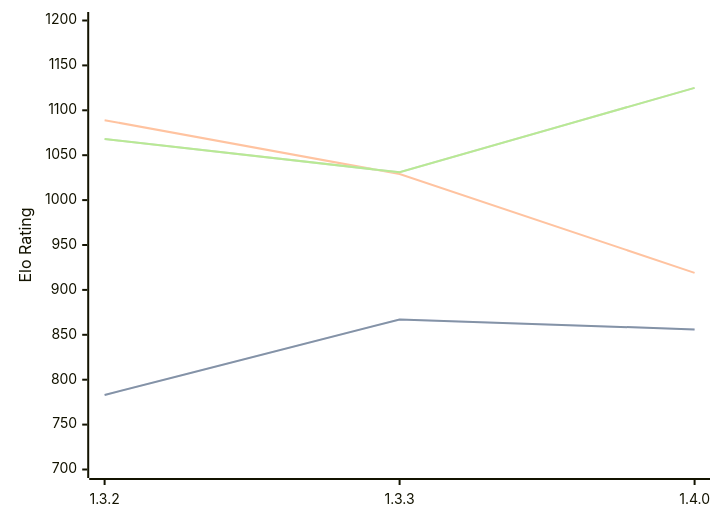
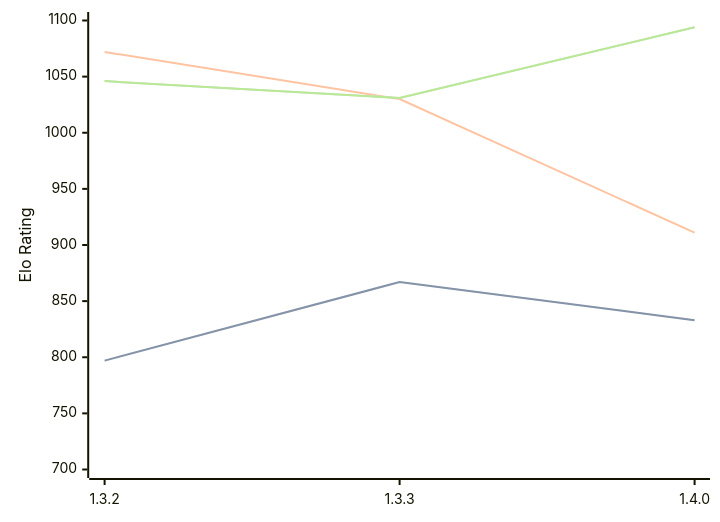
The diagram in engines/Whitespine.md (computer-chess-index/cci), drawn with Mermaid before and after one commit. The commit also changed other lines of this file, not shown here.

Commit message:
Update CCI Ratings (ELO VLTC) - 2026-04-30

````diff
--- a/engines/Whitespine.md
+++ b/engines/Whitespine.md
@@ -36,11 +36,11 @@
 ```mermaid
 %%{init: {"theme":"base","themeVariables":{"seriesColors:['#a3a3a3','#222221','#faa371']}}}%%
 xychart-beta
   x-axis ["1.3.2", "1.3.3", "1.4.0"]
-  y-axis "Elo Rating" 700 --> 1200
-  line "STC (8.0+0.08s)" [783, 867, 856]
-  line "STC (8.0+0.08s)" [783, 867, 856]
-  line "LTC (60.0+0.60s)" [1089, 1029, 919]
-  line "VLTC (2m24s+1.12s)" [1068, 1031, 1125]
-  line "VLTC (2m24s+1.12s)" [1068, 1031, 1125]
+  y-axis "Elo Rating" 700 --> 1100
+  line "STC (8.0+0.08s)" [797, 867, 833]
+  line "STC (8.0+0.08s)" [797, 867, 833]
+  line "LTC (60.0+0.60s)" [1072, 1030, 911]
+  line "VLTC (2m24s+1.12s)" [1046, 1031, 1094]
+  line "VLTC (2m24s+1.12s)" [1046, 1031, 1094]
 ```
````
